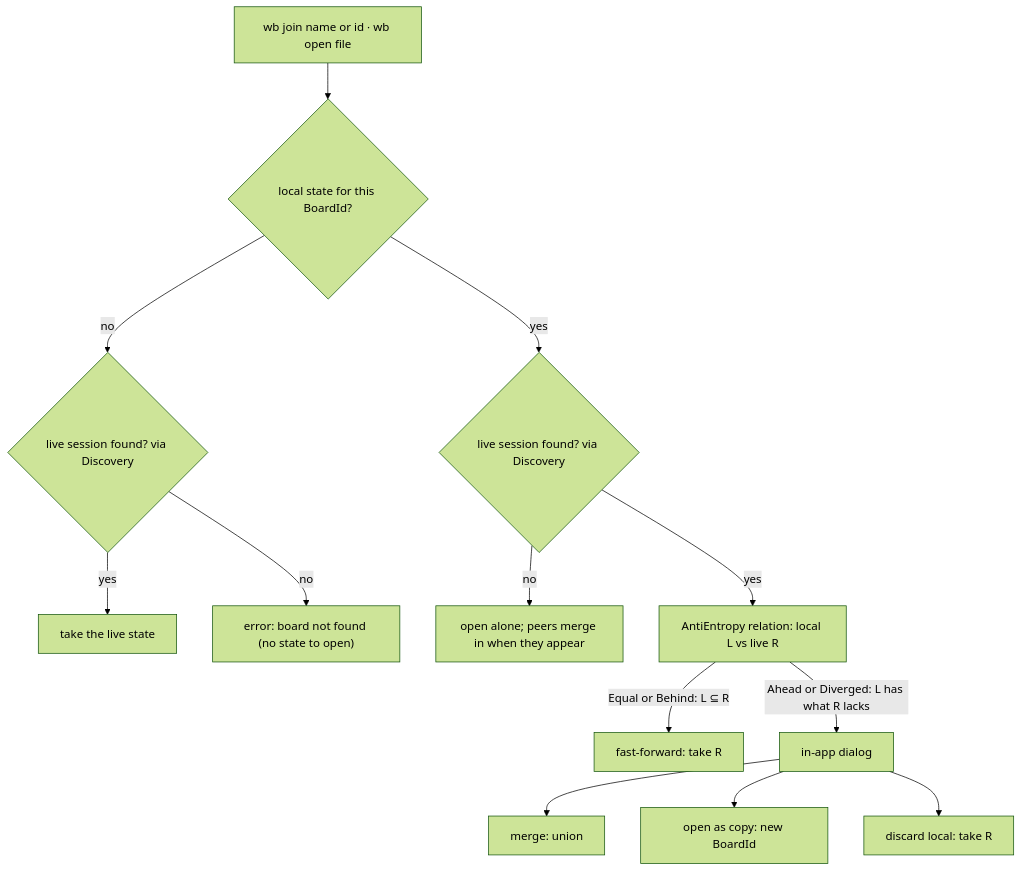
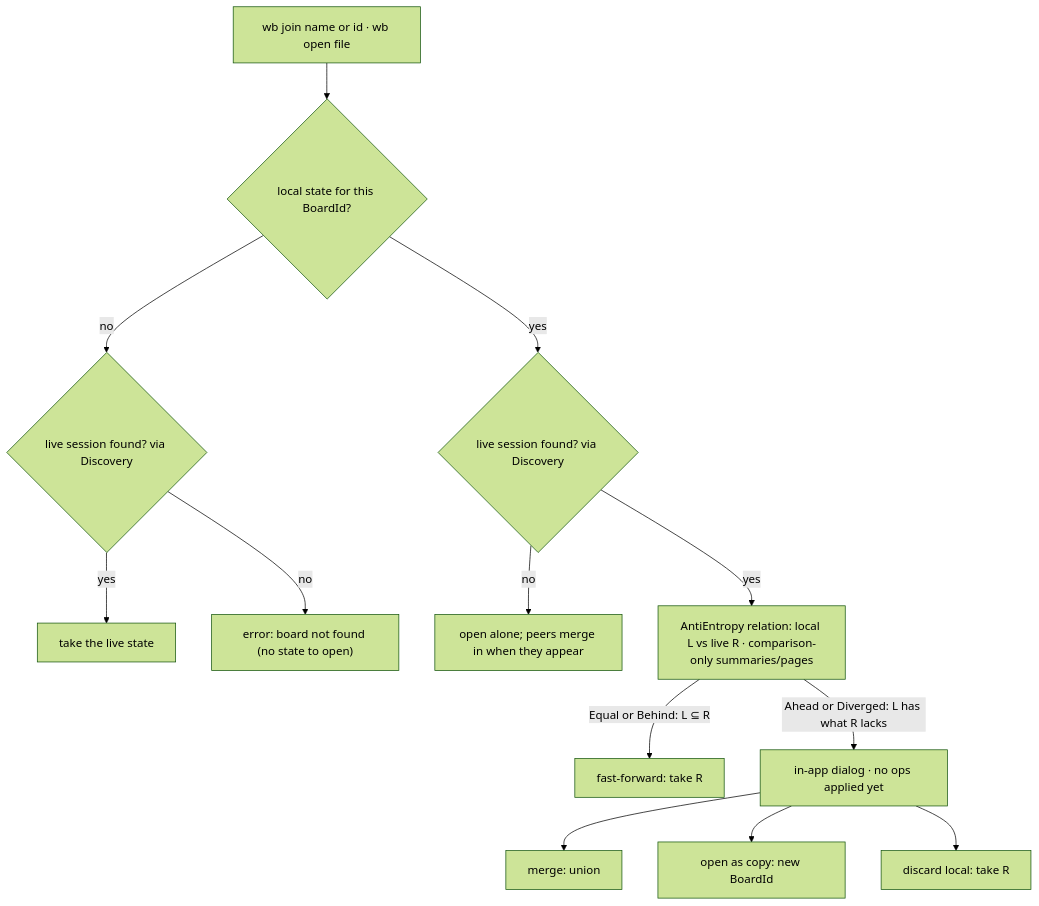
One commit to Student-Team-Projects/Most-Overkilled-Whiteboard-for-ArchLinux changed the diagram in docs/design/join-flow.md. Above: the diagram before and after it, drawn with Mermaid (forest theme). The commit also changed other lines of this file and 11 other files, not shown here.

````diff
--- a/docs/design/join-flow.md
+++ b/docs/design/join-flow.md
@@ -6,15 +6,15 @@
 ```mermaid
 flowchart TD
     start["wb join name or id · wb open file"] --> local{"local state for this BoardId?"}
     local -- no --> livecheck{"live session found? via Discovery"}
     livecheck -- yes --> take["take the live state"]
     livecheck -- no --> missing["error: board not found (no state to open)"]
     local -- yes --> live{"live session found? via Discovery"}
     live -- no --> seed["open alone; peers merge in when they appear"]
-    live -- yes --> rel["AntiEntropy relation: local L vs live R"]
+    live -- yes --> rel["AntiEntropy relation: local L vs live R · comparison-only summaries/pages"]
     rel -- "Equal or Behind: L ⊆ R" --> ff["fast-forward: take R"]
-    rel -- "Ahead or Diverged: L has what R lacks" --> dlg["in-app dialog"]
+    rel -- "Ahead or Diverged: L has what R lacks" --> dlg["in-app dialog · no ops applied yet"]
     dlg --> merge["merge: union"]
     dlg --> copy["open as copy: new BoardId"]
     dlg --> discard["discard local: take R"]
 ```
````
